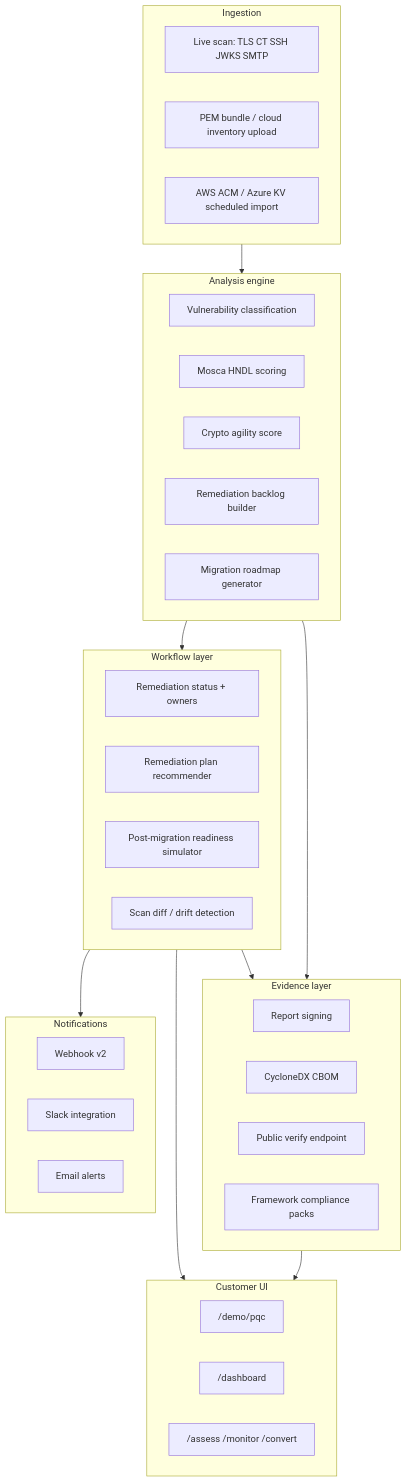
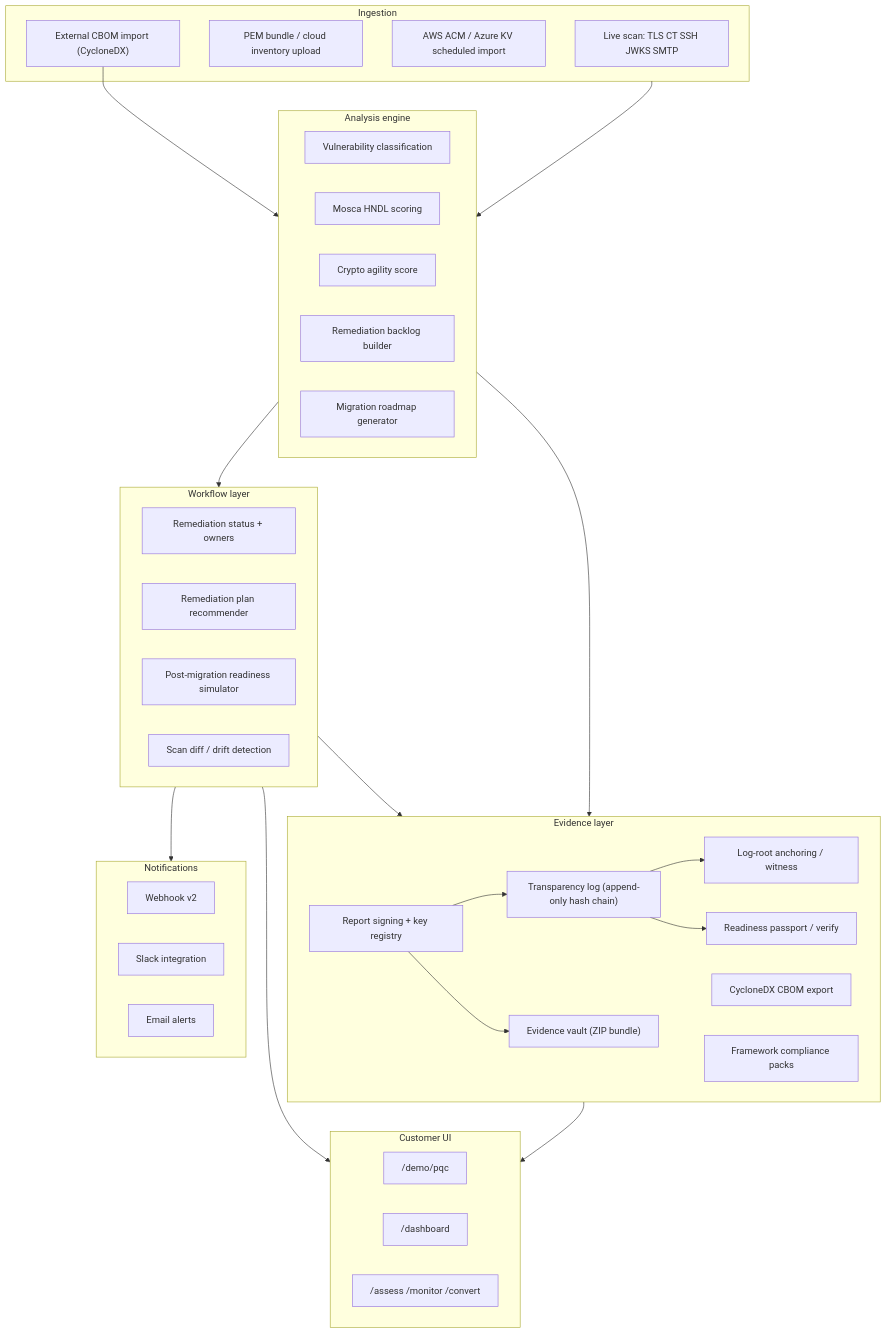
Before and after one commit to charley-forey/qtangl: the first of 2 diagrams in roadmap/quantum-readiness/03-solution-architecture.md, drawn with Mermaid. The commit also changed other lines of this file and 61 other files, not shown here.

First line of the commit message:
Add evidence layer and multi-source CBOM ingestion.

````diff
--- a/roadmap/quantum-readiness/03-solution-architecture.md
+++ b/roadmap/quantum-readiness/03-solution-architecture.md
@@ -9,44 +9,53 @@
 ```mermaid
 flowchart TB
   subgraph ingest [Ingestion]
     LiveScan["Live scan: TLS CT SSH JWKS SMTP"]
     Upload["PEM bundle / cloud inventory upload"]
     CloudPull["AWS ACM / Azure KV scheduled import"]
+    CBOMImport["External CBOM import (CycloneDX)"]
   end
   subgraph engine [Analysis engine]
     Classify["Vulnerability classification"]
     Mosca["Mosca HNDL scoring"]
     Agility["Crypto agility score"]
     Backlog["Remediation backlog builder"]
     Roadmap["Migration roadmap generator"]
   end
   subgraph workflow [Workflow layer]
     RemStatus["Remediation status + owners"]
     Recommend["Remediation plan recommender"]
     Simulate["Post-migration readiness simulator"]
     Diff["Scan diff / drift detection"]
   end
   subgraph evidence [Evidence layer]
-    Sign["Report signing"]
-    CBOM["CycloneDX CBOM"]
-    Verify["Public verify endpoint"]
+    Sign["Report signing + key registry"]
+    Log["Transparency log (append-only hash chain)"]
+    Anchor["Log-root anchoring / witness"]
+    Vault["Evidence vault (ZIP bundle)"]
+    CBOM["CycloneDX CBOM export"]
+    Passport["Readiness passport / verify"]
     Compliance["Framework compliance packs"]
   end
   subgraph notify [Notifications]
     Webhook["Webhook v2"]
     Slack["Slack integration"]
     Email["Email alerts"]
   end
   subgraph ui [Customer UI]
     Demo["/demo/pqc"]
     Dashboard["/dashboard"]
     JourneyPages["/assess /monitor /convert"]
   end
   ingest --> engine
+  CBOMImport --> engine
   engine --> workflow
   engine --> evidence
   workflow --> evidence
+  Sign --> Log
+  Log --> Anchor
+  Sign --> Vault
+  Log --> Passport
   workflow --> notify
   evidence --> ui
   workflow --> ui
 ```
````
